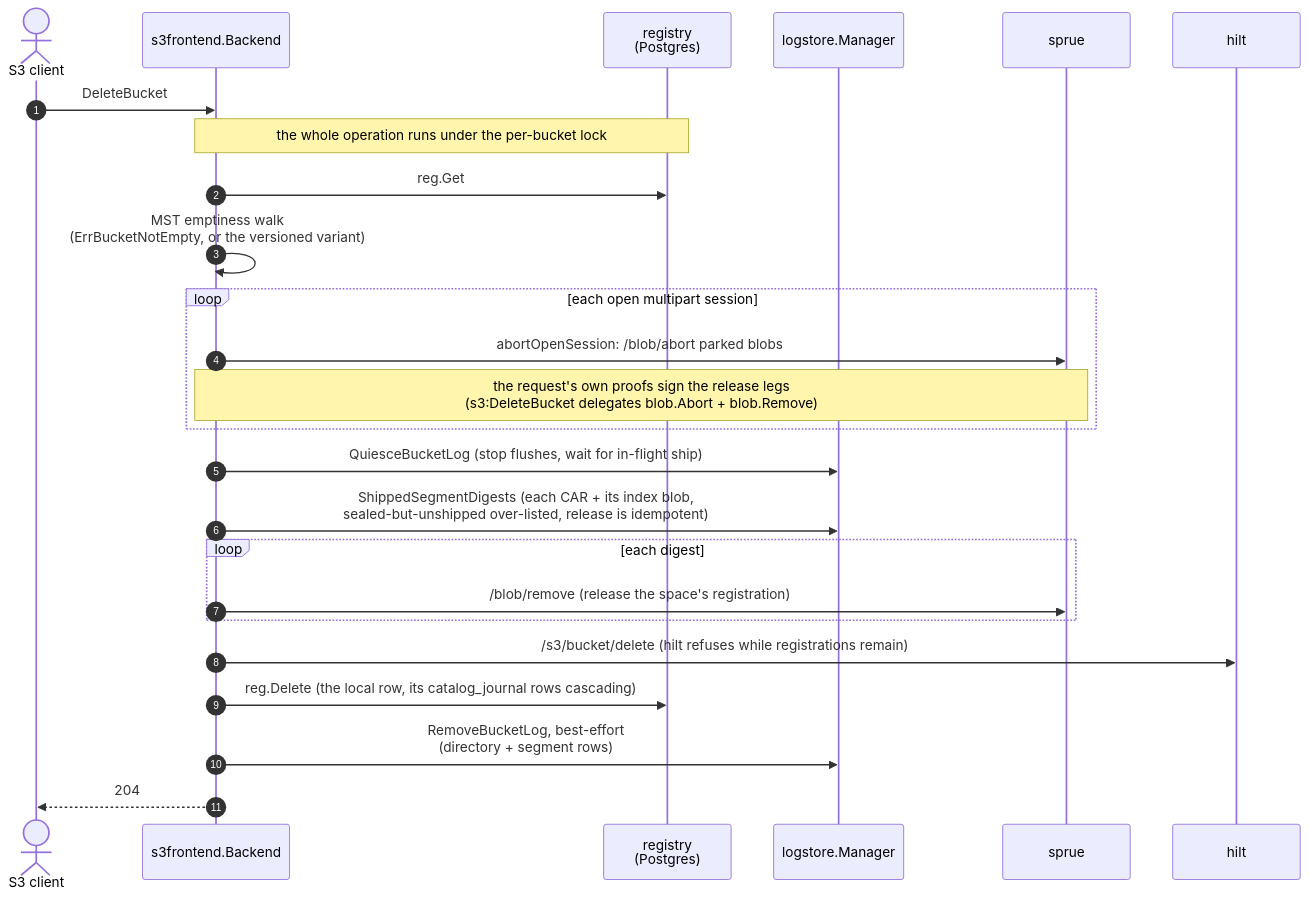
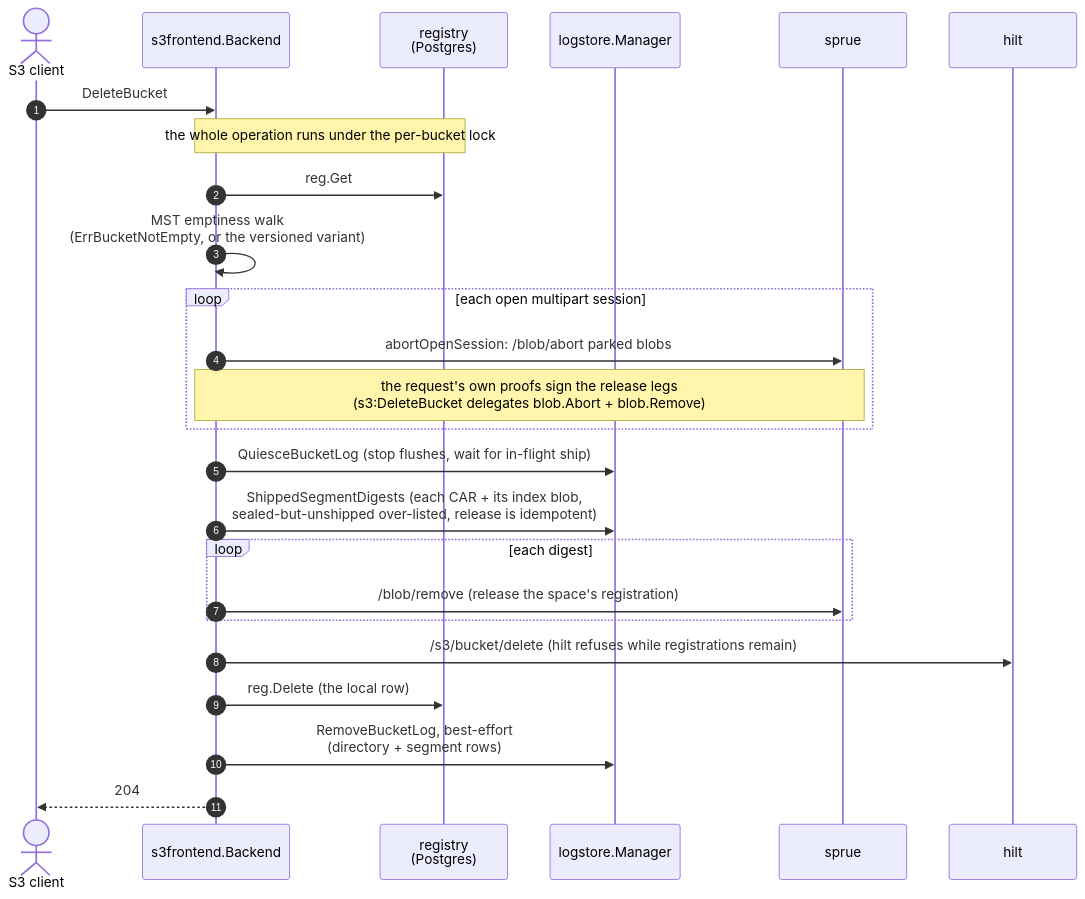
Before and after one commit to fil-forge/ingot: diagram 14 of 14 in docs/diagrams.md, drawn with Mermaid. The commit also changed other lines of this file and 98 other files, not shown here.

````diff
--- a/docs/diagrams.md
+++ b/docs/diagrams.md
@@ -1241,28 +1103,28 @@
 ```mermaid
 sequenceDiagram
     autonumber
     actor C as S3 client
     participant B as s3frontend.Backend
     participant R as registry<br/>(Postgres)
     participant L as logstore.Manager
     participant U as sprue
     participant H as hilt
 
     C->>B: DeleteBucket
     Note over B,R: the whole operation runs under the per-bucket lock
     B->>R: reg.Get
     B->>B: MST emptiness walk<br/>(ErrBucketNotEmpty, or the versioned variant)
     loop each open multipart session
         B->>U: abortOpenSession: /blob/abort parked blobs
         Note over B,U: the request's own proofs sign the release legs<br/>(s3:DeleteBucket delegates blob.Abort + blob.Remove)
     end
     B->>L: QuiesceBucketLog (stop flushes, wait for in-flight ship)
     B->>L: ShippedSegmentDigests (each CAR + its index blob,<br/>sealed-but-unshipped over-listed, release is idempotent)
     loop each digest
         B->>U: /blob/remove (release the space's registration)
     end
     B->>H: /s3/bucket/delete (hilt refuses while registrations remain)
-    B->>R: reg.Delete (the local row, its catalog_journal rows cascading)
+    B->>R: reg.Delete (the local row)
     B->>L: RemoveBucketLog, best-effort<br/>(directory + segment rows)
     B-->>C: 204
 ```
````
